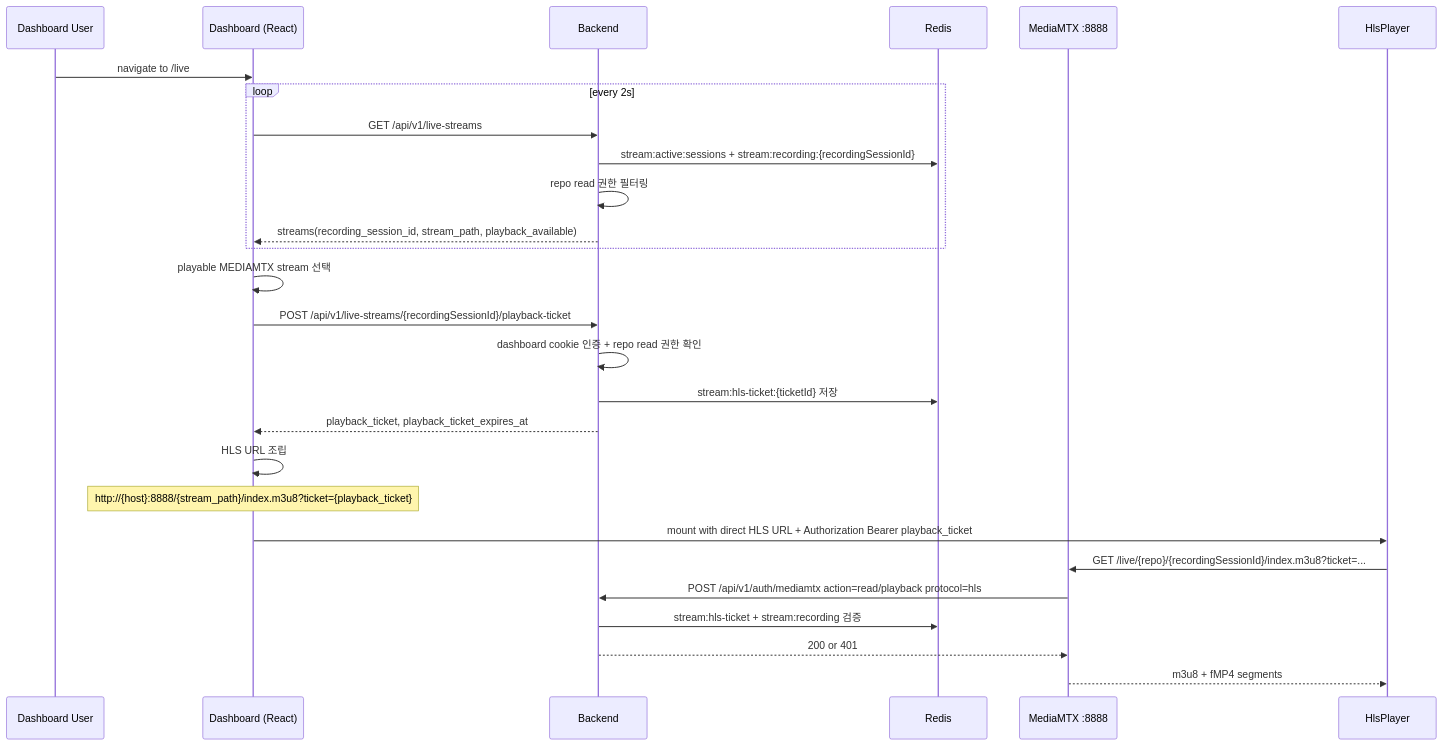
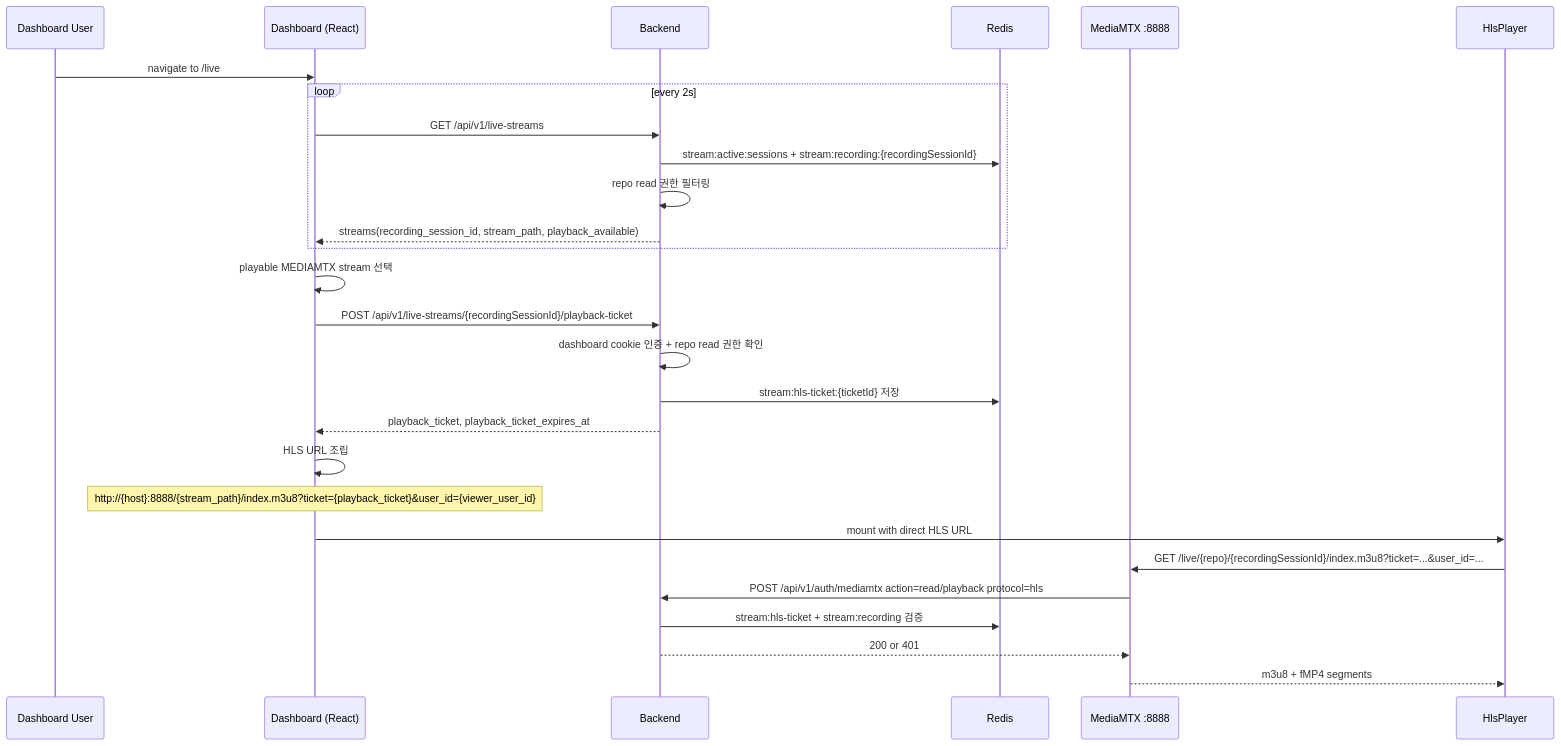
The fourth of 7 diagrams in docs/09. project_streaming.md (ego-flow/ego-flow-server), drawn with Mermaid before and after one commit. The commit also changed other lines of this file and 7 other files, not shown here.

Commit message:
[Docs] hls playback 구조 변경

````diff
--- a/docs/09. project_streaming.md
+++ b/docs/09. project_streaming.md
@@ -232,30 +232,30 @@
 ```mermaid
 sequenceDiagram
     participant User as Dashboard User
     participant FE as Dashboard (React)
     participant BE as Backend
     participant Redis
     participant MTX as MediaMTX :8888
     participant HP as HlsPlayer
 
     User->>FE: navigate to /live
     loop every 2s
         FE->>BE: GET /api/v1/live-streams
         BE->>Redis: stream:active:sessions + stream:recording:{recordingSessionId}
         BE->>BE: repo read 권한 필터링
         BE-->>FE: streams(recording_session_id, stream_path, playback_available)
     end
     FE->>FE: playable MEDIAMTX stream 선택
     FE->>BE: POST /api/v1/live-streams/{recordingSessionId}/playback-ticket
     BE->>BE: dashboard cookie 인증 + repo read 권한 확인
     BE->>Redis: stream:hls-ticket:{ticketId} 저장
     BE-->>FE: playback_ticket, playback_ticket_expires_at
     FE->>FE: HLS URL 조립
-    Note over FE: http://{host}:8888/{stream_path}/index.m3u8?ticket={playback_ticket}
-    FE->>HP: mount with direct HLS URL + Authorization Bearer playback_ticket
-    HP->>MTX: GET /live/{repo}/{recordingSessionId}/index.m3u8?ticket=...
+    Note over FE: http://{host}:8888/{stream_path}/index.m3u8?ticket={playback_ticket}&user_id={viewer_user_id}
+    FE->>HP: mount with direct HLS URL
+    HP->>MTX: GET /live/{repo}/{recordingSessionId}/index.m3u8?ticket=...&user_id=...
     MTX->>BE: POST /api/v1/auth/mediamtx action=read/playback protocol=hls
     BE->>Redis: stream:hls-ticket + stream:recording 검증
     BE-->>MTX: 200 or 401
     MTX-->>HP: m3u8 + fMP4 segments
 ```
````
